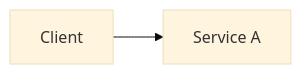
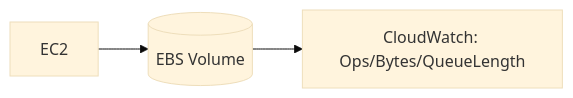
One commit to niceguy61/aws-saa-lecture-2026 changed the diagram in aws-saa/week03-domain03-high-performing-architectures/day03/01-theory.md. Above: the diagram before and after it, drawn with Mermaid (base theme). The commit also changed other lines of this file and 15 other files, not shown here.

````diff
--- a/aws-saa/week03-domain03-high-performing-architectures/day03/01-theory.md
+++ b/aws-saa/week03-domain03-high-performing-architectures/day03/01-theory.md
@@ -22,4 +19,5 @@
 ```mermaid
 flowchart LR
-  A[Client] --> B[Service A]
+  EC2[EC2] --> EBS[(EBS Volume)]
+  EBS --> CW[CloudWatch: Ops/Bytes/QueueLength]
 ```
````
